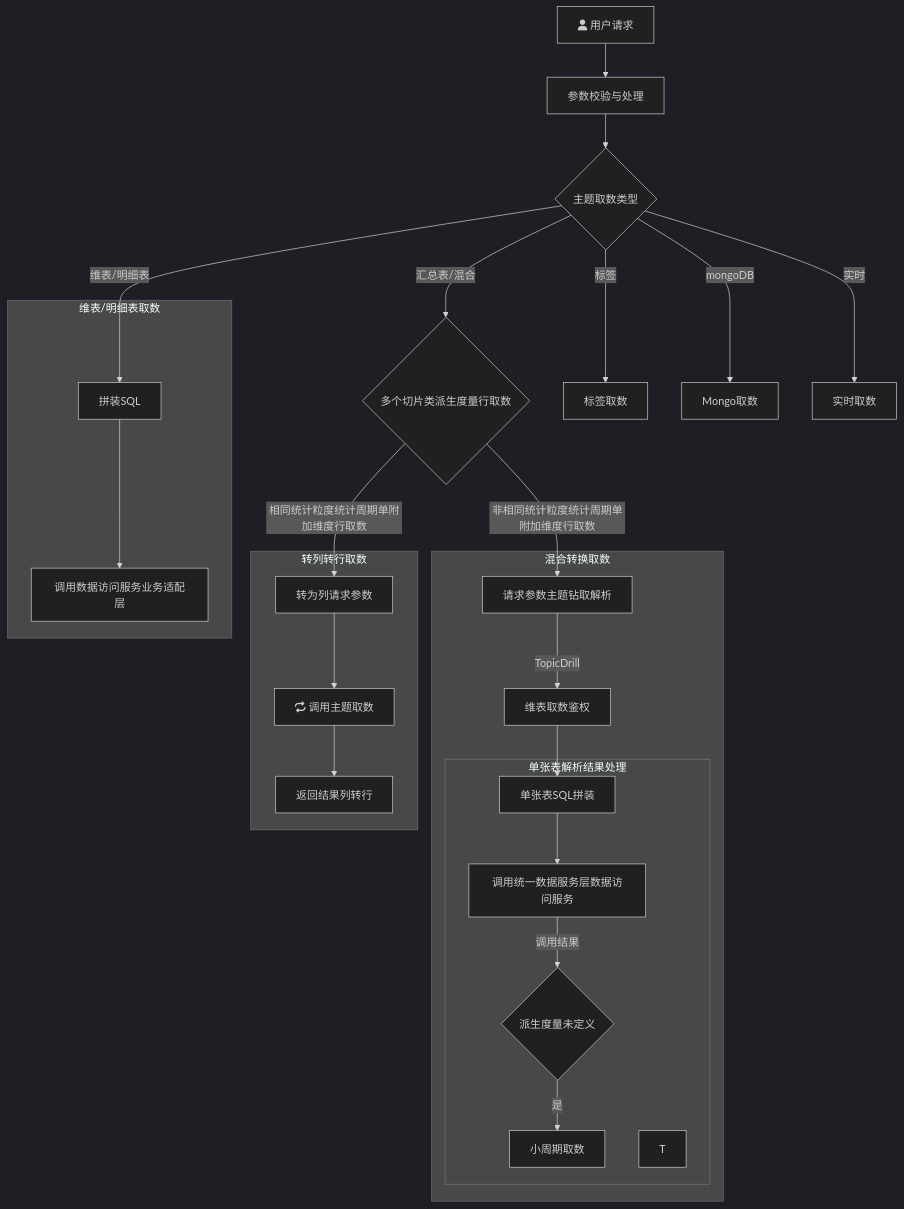
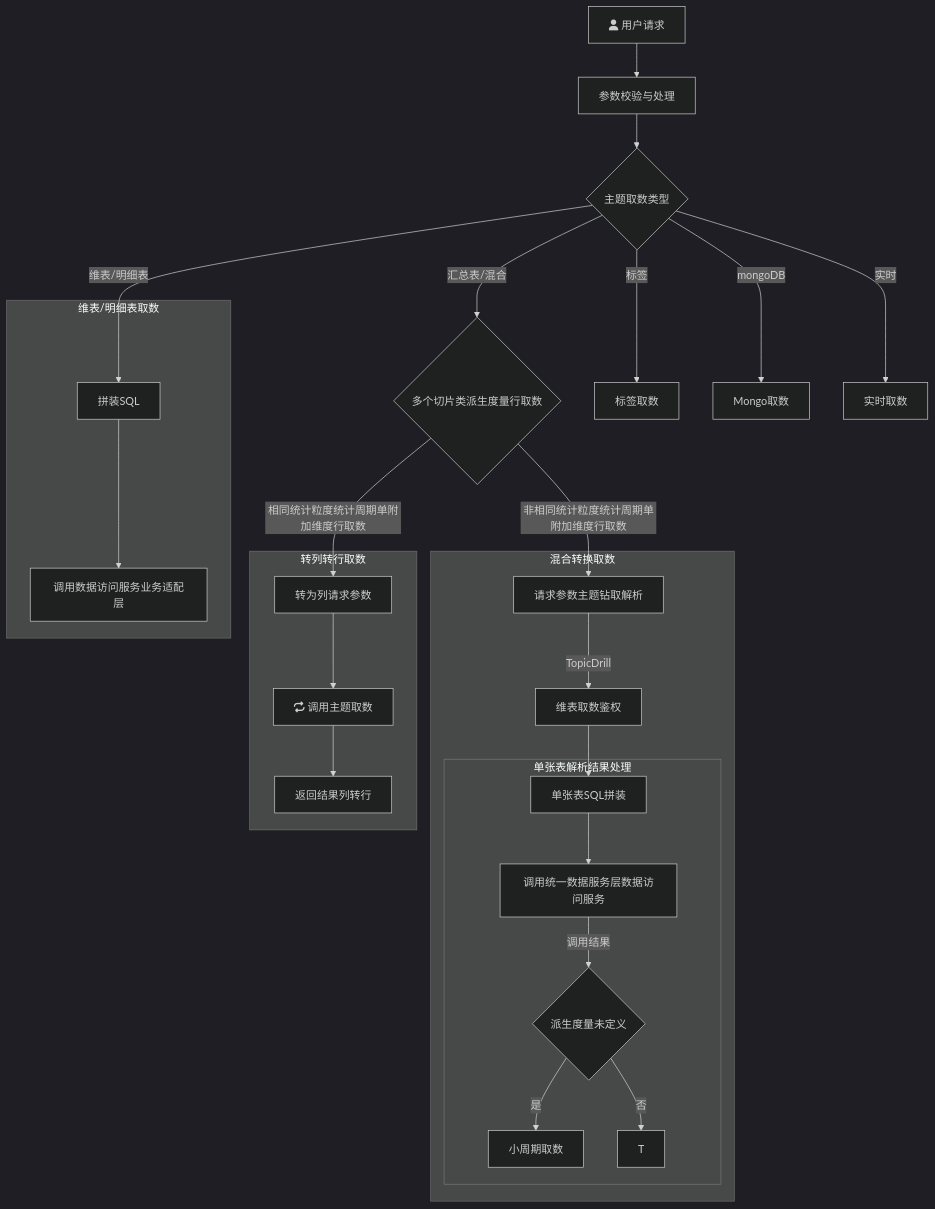
Before and after one commit to yanglosm/iodraw-files: the diagram in all/未命名.md, drawn with Mermaid (dark theme).

Commit message:
2024-11-29 19:00:28 update

````diff
--- a/all/未命名.md
+++ b/all/未命名.md
@@ -1,25 +1,25 @@
 ```mermaid
 flowchart TD
     A[fa:fa-user 用户请求] -->A1[参数校验与处理] --> B{主题取数类型}
     B -->|维表/明细表| D[拼装SQL]
     B -->|汇总表/混合| E{多个切片类派生度量行取数}
     B -->|标签| F[标签取数]
     B -->|mongoDB| G[Mongo取数]
     B -->|实时| H[实时取数]
     E -->|相同统计粒度统计周期单附加维度行取数| E1[转为列请求参数]
     E -->|非相同统计粒度统计周期单附加维度行取数| T1[请求参数主题钻取解析]
     subgraph 维表/明细表取数
     D-->D1[调用数据访问服务业务适配层]
     end
     subgraph 转列转行取数
     E1-->E11[fa:fa-repeat 调用主题取数]-->E12[返回结果列转行]
     end
     subgraph 混合转换取数
     T1-->|TopicDrill| T2[维表取数鉴权] --> T31[单张表SQL拼装]
         subgraph 单张表解析结果处理
         T31 --> T32[调用统一数据服务层数据访问服务] --> |调用结果|T33{派生度量未定义}
         T33 --> |是|T33_1[小周期取数]
-        T
+        T33 --> |否|T
         end
     end
 ```
````
